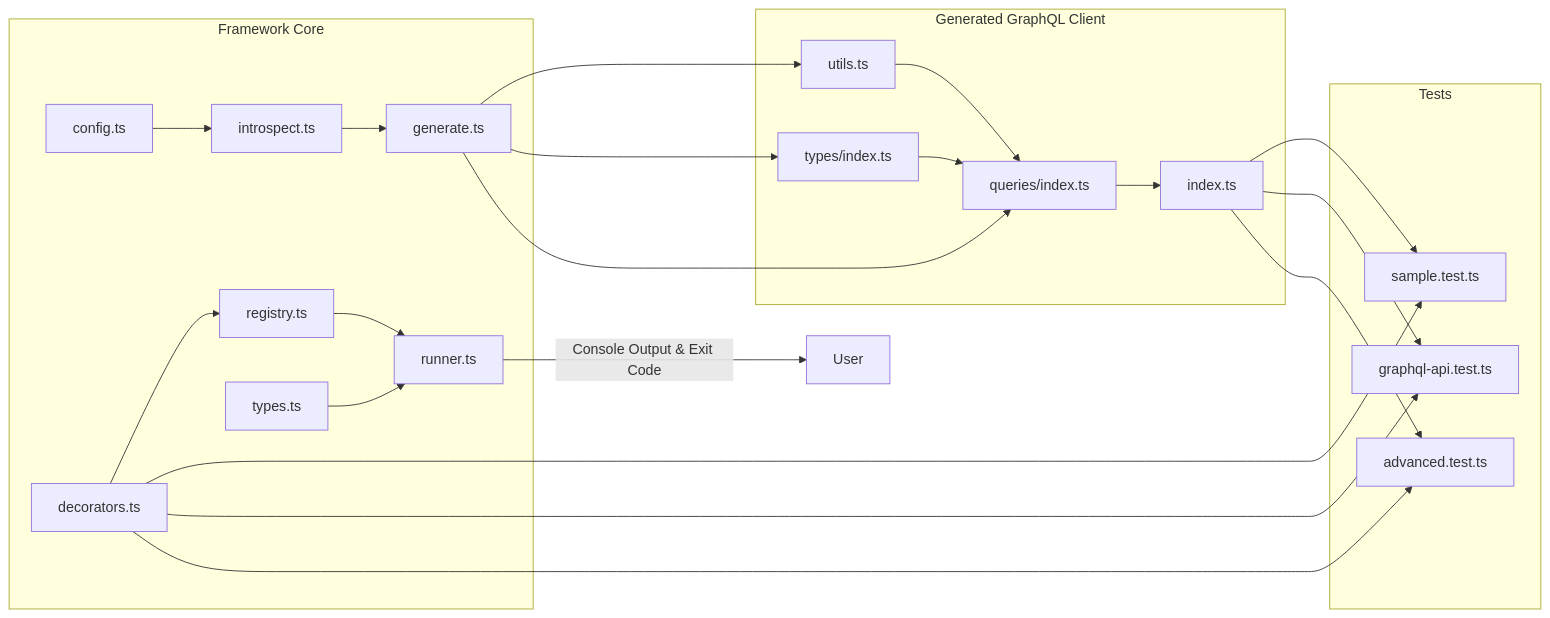
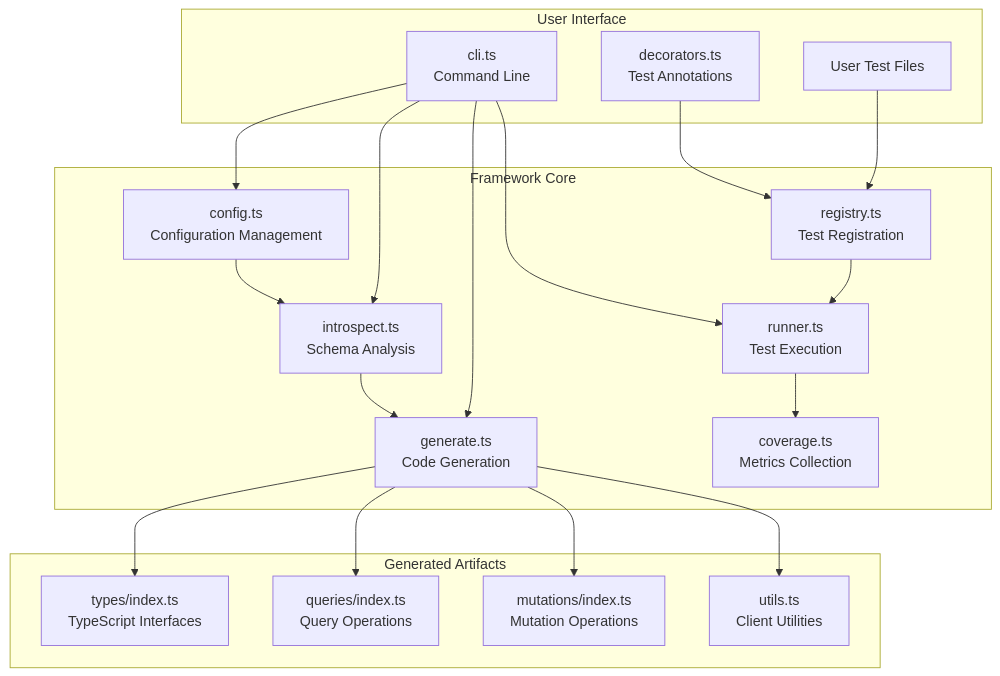
The third of 15 diagrams in README.md (Cyber-Luke/best-api-testing), drawn with Mermaid before and after one commit. The commit also changed other lines of this file, not shown here.

Commit message:
Implement code changes to enhance functionality and improve performance

````diff
--- a/README.md
+++ b/README.md
@@ -53,33 +115,41 @@
 ```mermaid
-graph LR
-    subgraph Framework Core
-    CF[config.ts] --> IN[introspect.ts]
-    IN --> GE[generate.ts]
-    DE[decorators.ts] --> RE[registry.ts]
-    RE --> RU[runner.ts]
-    TY[types.ts] --> RU
+graph TB
+    subgraph "Framework Core"
+        CONFIG[config.ts<br/>Configuration Management]
+        INTRO[introspect.ts<br/>Schema Analysis]
+        GEN[generate.ts<br/>Code Generation]
+        REG[registry.ts<br/>Test Registration]
+        RUN[runner.ts<br/>Test Execution]
+        COV[coverage.ts<br/>Metrics Collection]
     end
 
-    subgraph Generated GraphQL Client
-    UT[utils.ts] --> QI[queries/index.ts]
-    TI[types/index.ts] --> QI
-    QI --> GI[index.ts]
+    subgraph "Generated Artifacts"
+        TYPES[types/index.ts<br/>TypeScript Interfaces]
+        QUERIES[queries/index.ts<br/>Query Operations]
+        MUTATIONS[mutations/index.ts<br/>Mutation Operations]
+        UTILS[utils.ts<br/>Client Utilities]
     end
 
-    subgraph Tests
-    T1[sample.test.ts]
-    T2[graphql-api.test.ts]
-    T3[advanced.test.ts]
+    subgraph "User Interface"
+        CLI[cli.ts<br/>Command Line]
+        DECORATORS[decorators.ts<br/>Test Annotations]
+        TESTS[User Test Files]
     end
 
-    GE --> UT
-    GE --> TI
-    GE --> QI
-    GI --> T1
-    GI --> T2
-    GI --> T3
-    DE --> T1
-    DE --> T2
-    DE --> T3
-    RU -->|Console Output & Exit Code| User
+    CONFIG --> INTRO
+    INTRO --> GEN
+    GEN --> TYPES
+    GEN --> QUERIES
+    GEN --> MUTATIONS
+    GEN --> UTILS
+
+    DECORATORS --> REG
+    TESTS --> REG
+    REG --> RUN
+    RUN --> COV
+
+    CLI --> CONFIG
+    CLI --> INTRO
+    CLI --> GEN
+    CLI --> RUN
 ```
````
